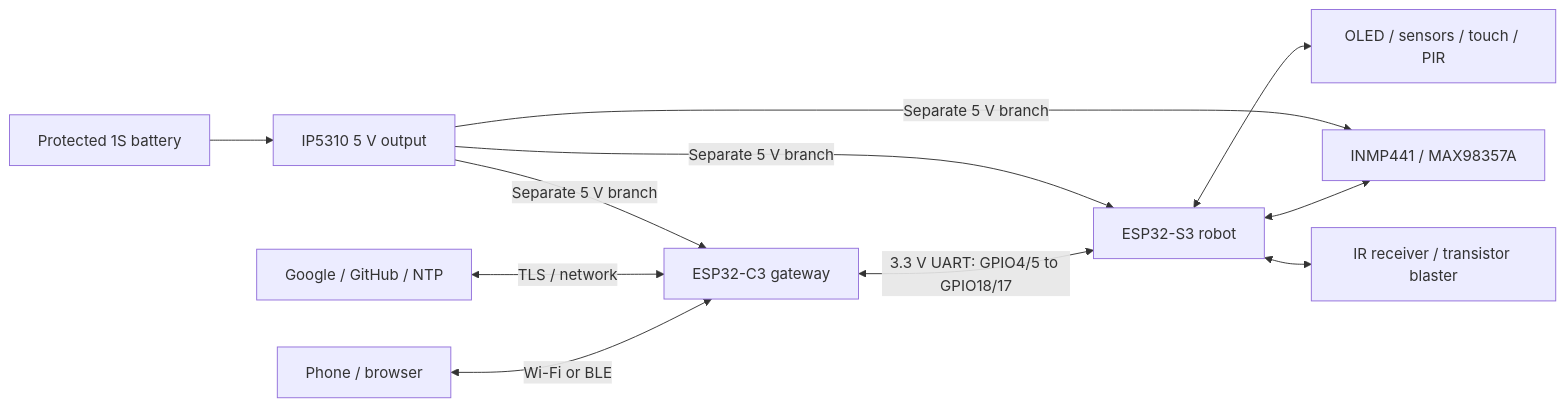
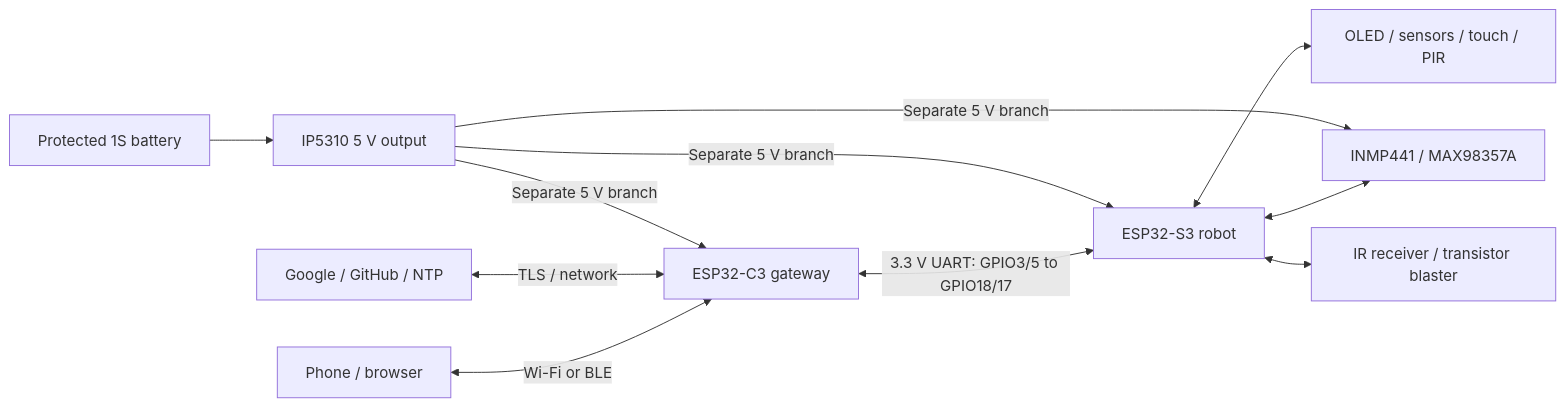
The diagram in docs/hardware/dual-board-wiring.md (akh-211/robodesk), drawn with Mermaid before and after one commit. The commit also changed other lines of this file and 123 other files, not shown here.

````diff
--- a/docs/hardware/dual-board-wiring.md
+++ b/docs/hardware/dual-board-wiring.md
@@ -13,13 +13,13 @@
 ```mermaid
 flowchart LR
   phone[Phone / browser] <-->|Wi-Fi or BLE| c3[ESP32-C3 gateway]
   cloud[Google / GitHub / NTP] <-->|TLS / network| c3
-  c3 <-->|3.3 V UART: GPIO4/5 to GPIO18/17| s3[ESP32-S3 robot]
+  c3 <-->|3.3 V UART: GPIO3/5 to GPIO18/17| s3[ESP32-S3 robot]
   s3 <--> audio[INMP441 / MAX98357A]
   s3 <--> sensors[OLED / sensors / touch / PIR]
   s3 <--> ir[IR receiver / transistor blaster]
   battery[Protected 1S battery] --> power[IP5310 5 V output]
   power -->|Separate 5 V branch| c3
   power -->|Separate 5 V branch| s3
   power -->|Separate 5 V branch| audio
 ```
````
